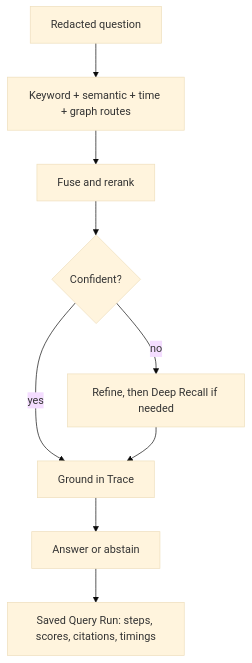
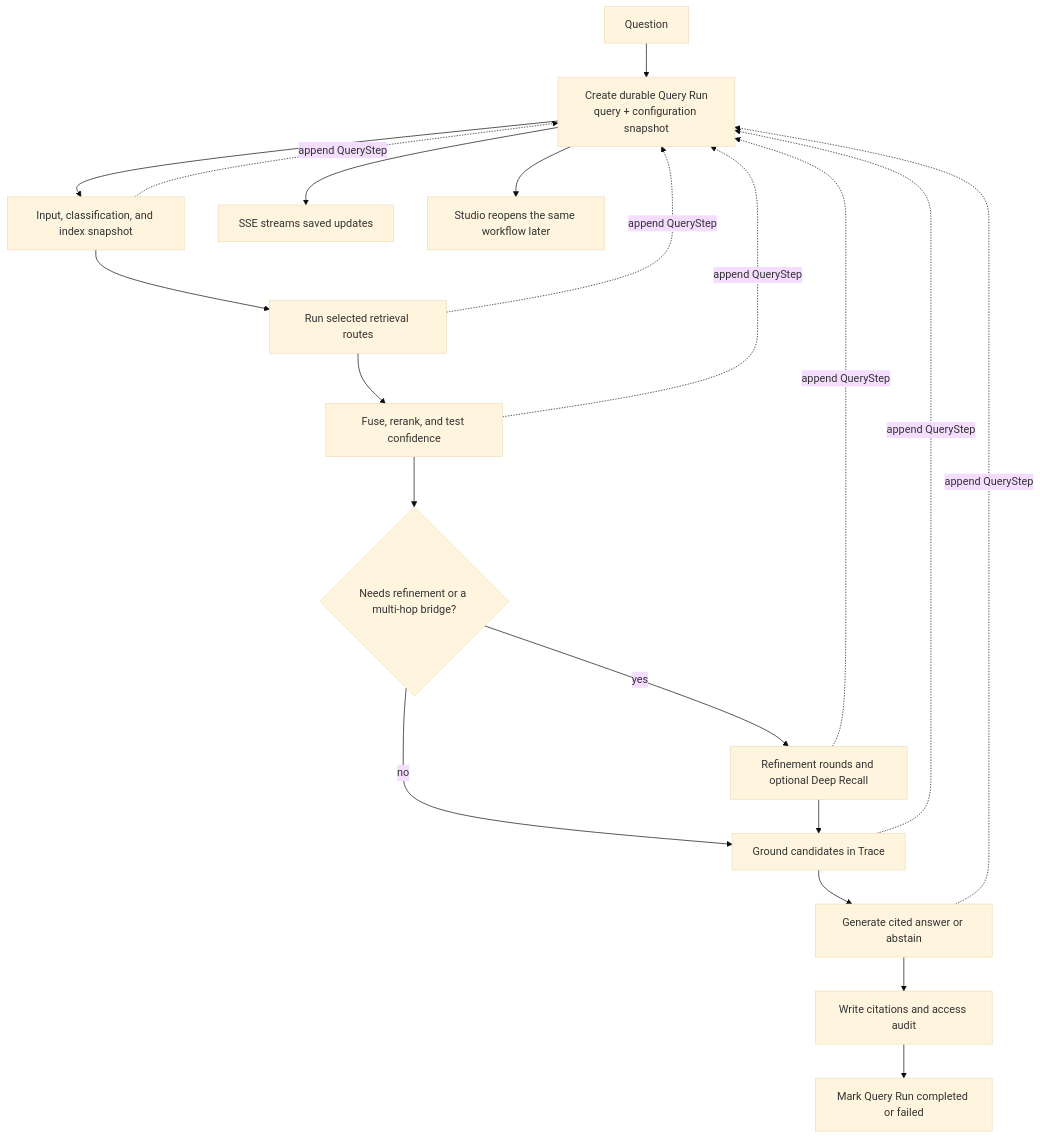
Before and after one commit to shanmukh05/trisynapse-memory: the tenth of 12 diagrams in docs/architecture.md, drawn with Mermaid (base theme). The commit also changed other lines of this file and 76 other files, not shown here.

````diff
--- a/docs/architecture.md
+++ b/docs/architecture.md
@@ -259,11 +492,23 @@
 ```mermaid
 flowchart TD
-    Q["Redacted question"] --> R["Keyword + semantic + time + graph routes"]
-    R --> F["Fuse and rerank"]
-    F --> C{"Confident?"}
-    C -->|"no"| RF["Refine, then Deep Recall if needed"]
-    C -->|"yes"| T["Ground in Trace"]
+    Q["Question"] --> QR["Create durable Query Run\nquery + configuration snapshot"]
+    QR --> P["Input, classification, and index snapshot"]
+    P --> R["Run selected retrieval routes"]
+    R --> F["Fuse, rerank, and test confidence"]
+    F --> D{"Needs refinement or a multi-hop bridge?"}
+    D -->|"yes"| RF["Refinement rounds and optional Deep Recall"]
+    D -->|"no"| T["Ground candidates in Trace"]
     RF --> T
-    T --> A["Answer or abstain"]
-    A --> QR["Saved Query Run: steps, scores, citations, timings"]
+    T --> A["Generate cited answer or abstain"]
+    A --> AUDIT["Write citations and access audit"]
+    AUDIT --> DONE["Mark Query Run completed or failed"]
+
+    P -. append QueryStep .-> QR
+    R -. append QueryStep .-> QR
+    F -. append QueryStep .-> QR
+    RF -. append QueryStep .-> QR
+    T -. append QueryStep .-> QR
+    A -. append QueryStep .-> QR
+    QR --> SSE["SSE streams saved updates"]
+    QR --> HIST["Studio reopens the same workflow later"]
 ```
````
